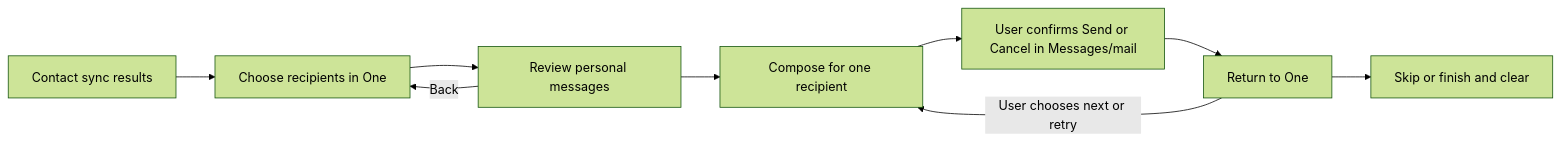
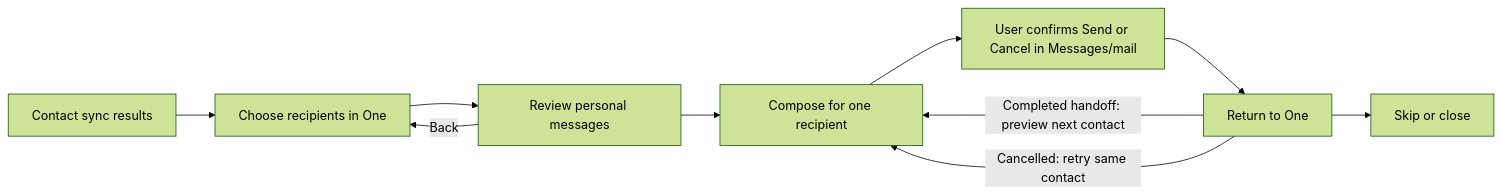
The diagram in docs/guides/contact-invitations.md (hushh-labs/hushh-research), drawn with Mermaid (forest theme) before and after one commit. The commit also changed other lines of this file and 11 other files, not shown here.

````diff
--- a/docs/guides/contact-invitations.md
+++ b/docs/guides/contact-invitations.md
@@ -10,11 +10,12 @@
 ```mermaid
 flowchart LR
   sync["Contact sync results"] --> select["Choose recipients in One"]
   select --> review["Review personal messages"]
   review -->|Back| select
   review --> compose["Compose for one recipient"]
   compose --> handoff["User confirms Send or Cancel in Messages/mail"]
   handoff --> next["Return to One"]
-  next -->|User chooses next or retry| compose
-  next --> finish["Skip or finish and clear"]
+  next -->|Completed handoff: preview next contact| compose
+  next -->|Cancelled: retry same contact| compose
+  next --> finish["Skip or close"]
 ```
````
